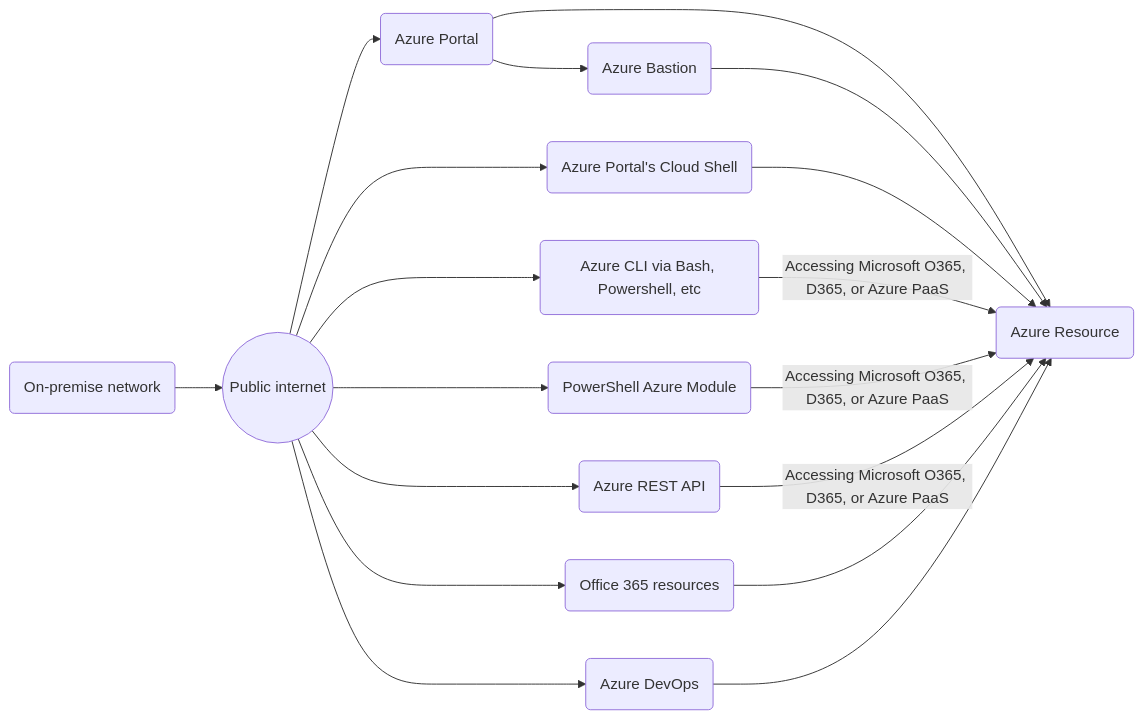
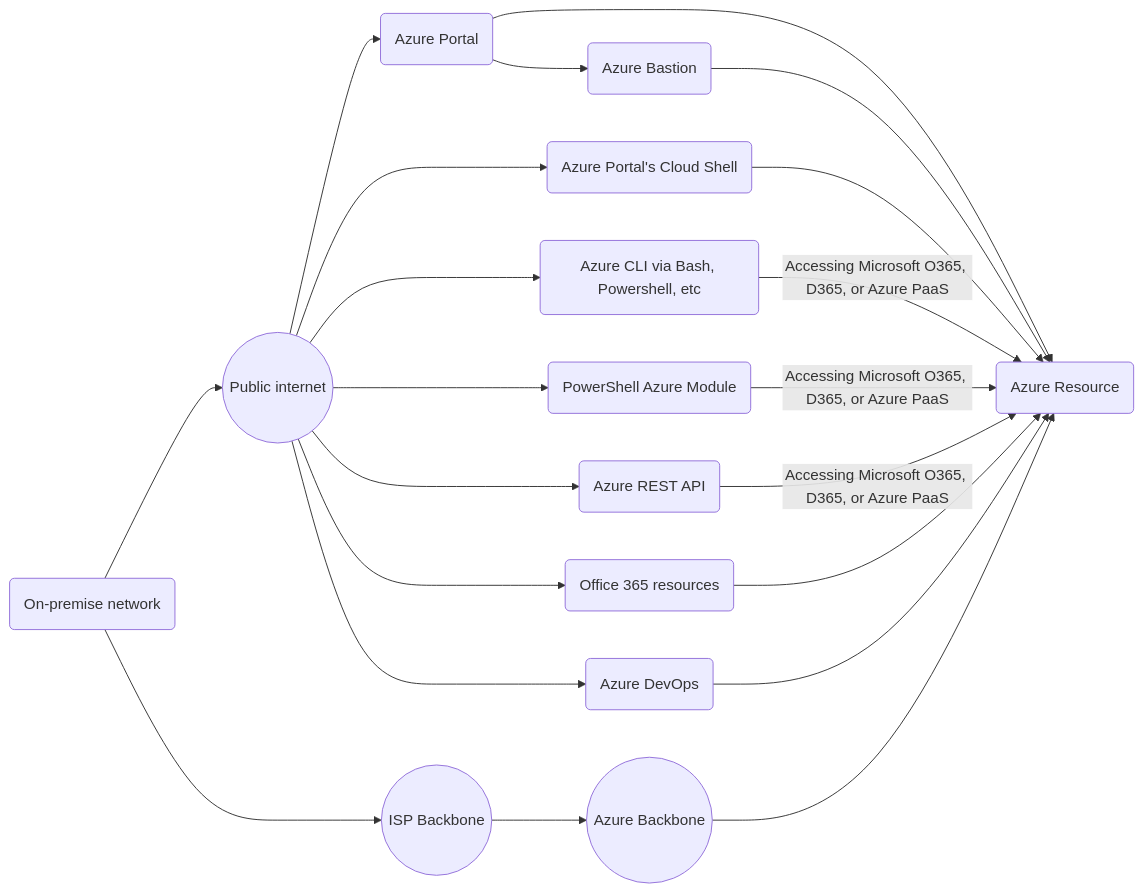
Before and after one commit to bigtoga/Examples: the second of 2 diagrams in Cloud - Azure/Azure Virtual Networks/ExpressRoute.md, drawn with Mermaid.

````diff
--- a/Cloud - Azure/Azure Virtual Networks/ExpressRoute.md
+++ b/Cloud - Azure/Azure Virtual Networks/ExpressRoute.md
@@ -59,20 +59,23 @@
 ```mermaid
 graph LR
     A(On-premise network) --> B((Public internet))
     B --> C(Azure Portal)
     C --> D(Azure Resource)
     B --> E(Azure Portal's Cloud Shell)
     E --> D
     B --> F(Azure CLI via Bash, Powershell, etc)
     F -- Accessing Microsoft O365, D365, or Azure PaaS --> D
     B --> G(PowerShell Azure Module)
     G -- Accessing Microsoft O365, D365, or Azure PaaS --> D
     B --> H(Azure REST API)
     H -- Accessing Microsoft O365, D365, or Azure PaaS --> D
     C --> I(Azure Bastion)
     I --> D
     B --> J(Office 365 resources)
     J --> D
     B --> K(Azure DevOps)
     K --> D
+    A --> M((ISP Backbone))
+    M --> N((Azure Backbone))
+    N --> D
 ```    
````
